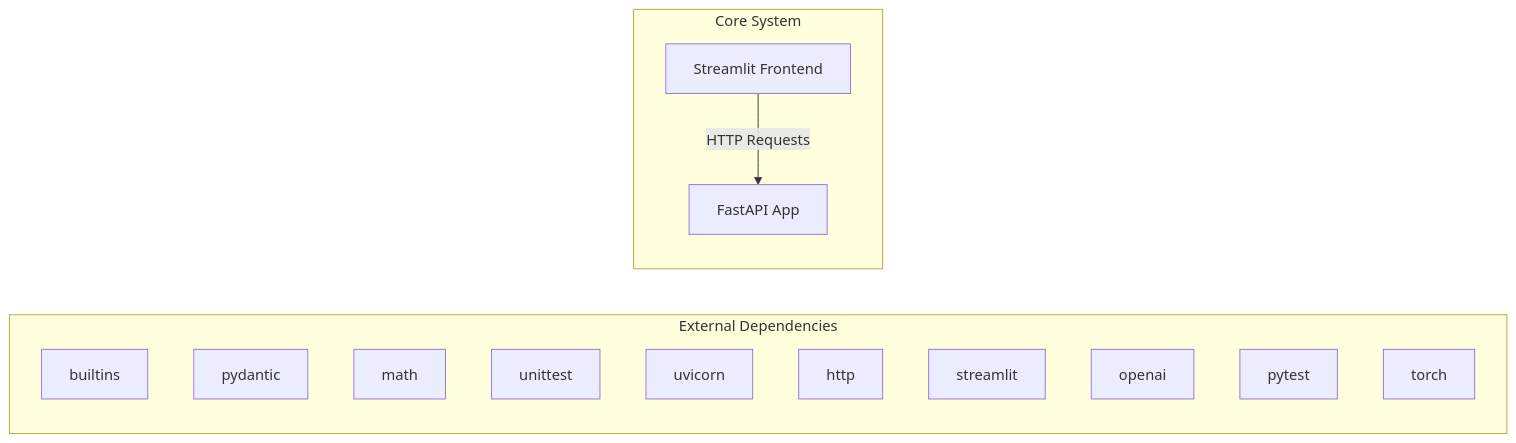
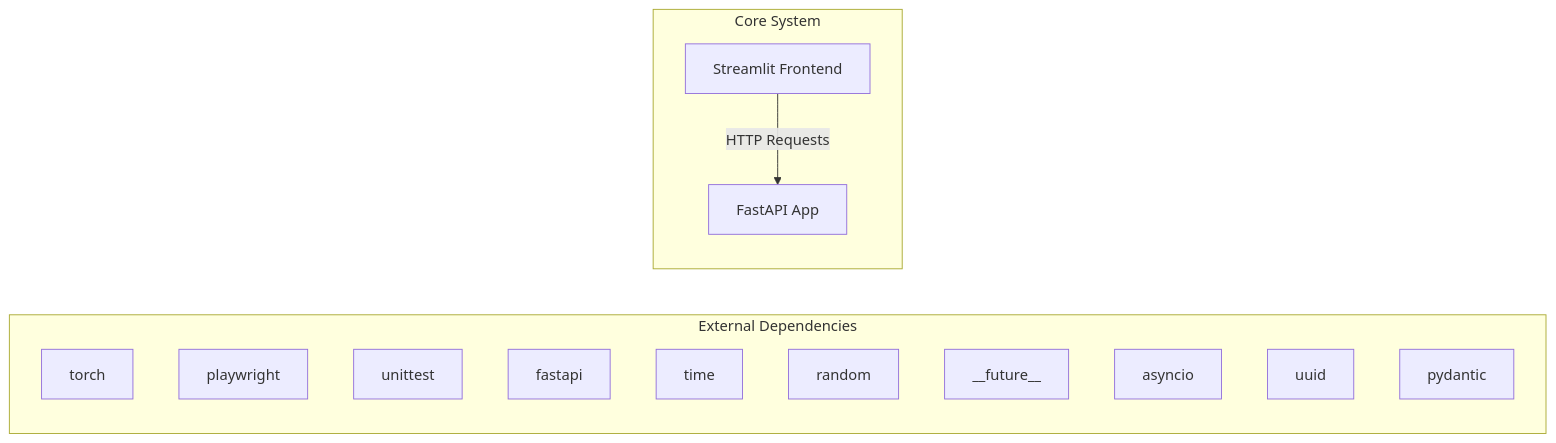
Before and after one commit to NITISH-R-G/rag-context-optimizer: the first of 2 diagrams in docs/architecture.md, drawn with Mermaid. The commit also changed 1 other file, not shown here.

Commit message:
docs: auto-update repository knowledge, architecture diagrams, and documentation

````diff
--- a/docs/architecture.md
+++ b/docs/architecture.md
@@ -7,20 +7,20 @@
 ```mermaid
 graph LR
     subgraph External Dependencies
-        E0["builtins"]
-        E1["pydantic"]
-        E2["math"]
-        E3["unittest"]
-        E4["uvicorn"]
-        E5["http"]
-        E6["streamlit"]
-        E7["openai"]
-        E8["pytest"]
-        E9["torch"]
+        E0["torch"]
+        E1["playwright"]
+        E2["unittest"]
+        E3["fastapi"]
+        E4["time"]
+        E5["random"]
+        E6["__future__"]
+        E7["asyncio"]
+        E8["uuid"]
+        E9["pydantic"]
     end
     subgraph Core System
         API["FastAPI App"]
         UI["Streamlit Frontend"]
     end
     UI -->|HTTP Requests| API
 ```
````
